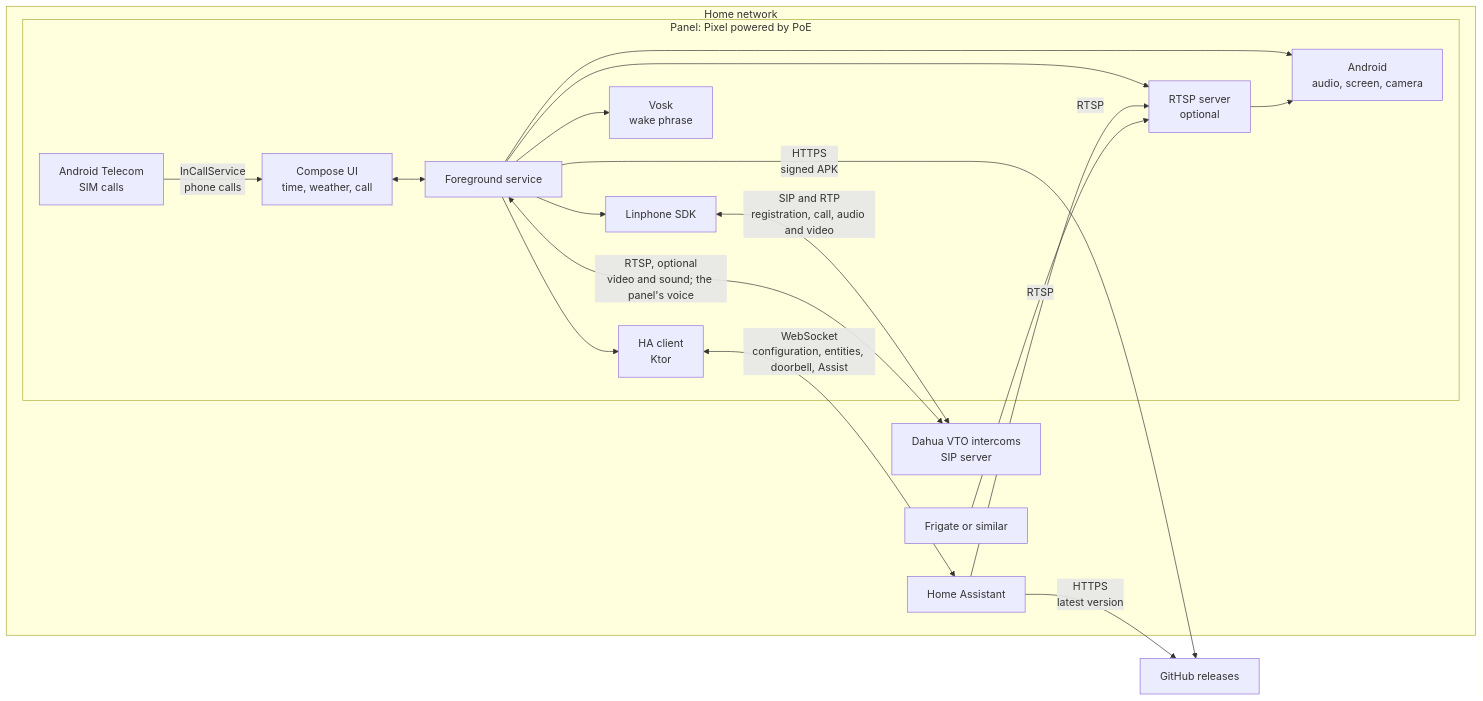
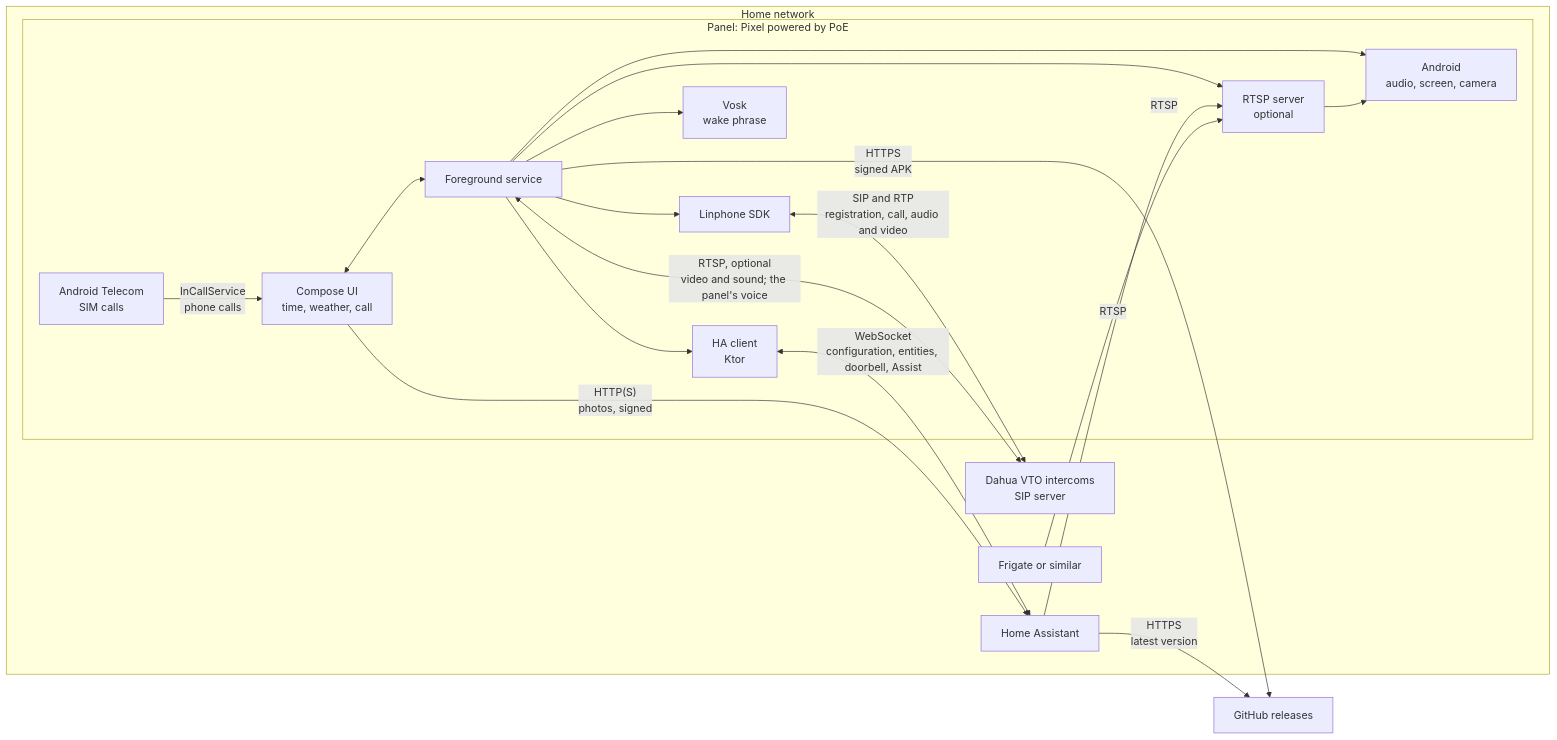
Before and after one commit to xoadev/marc2d: the diagram in README.md, drawn with Mermaid. The commit also changed other lines of this file and 17 other files, not shown here.

````diff
--- a/README.md
+++ b/README.md
@@ -44,34 +46,35 @@
 ```mermaid
 flowchart LR
     subgraph home["Home network"]
         subgraph panel["Panel: Pixel powered by PoE"]
             ui["Compose UI<br/>time, weather, call"]
             svc["Foreground service"]
             sip["Linphone SDK"]
             hac["HA client<br/>Ktor"]
             rtsp["RTSP server<br/>optional"]
             voice["Vosk<br/>wake phrase"]
             sys["Android<br/>audio, screen, camera"]
             tel["Android Telecom<br/>SIM calls"]
         end
         vto["Dahua VTO intercoms<br/>SIP server"]
         ha["Home Assistant"]
         frigate["Frigate or similar"]
     end
 
     ui <--> svc
     svc --> sip
     svc --> hac
     svc --> rtsp
     svc --> voice
     svc --> sys
     tel -- "InCallService<br/>phone calls" --> ui
     rtsp --> sys
     sip <-- "SIP and RTP<br/>registration, call, audio and video" --> vto
     svc <-- "RTSP, optional<br/>video and sound; the panel's voice" --> vto
     hac <-- "WebSocket<br/>configuration, entities, doorbell, Assist" --> ha
+    ui -- "HTTP(S)<br/>photos, signed" --> ha
     ha -- "RTSP" --> rtsp
     frigate -- "RTSP" --> rtsp
     ha -- "HTTPS<br/>latest version" --> github["GitHub releases"]
     svc -- "HTTPS<br/>signed APK" --> github
 ```
````
